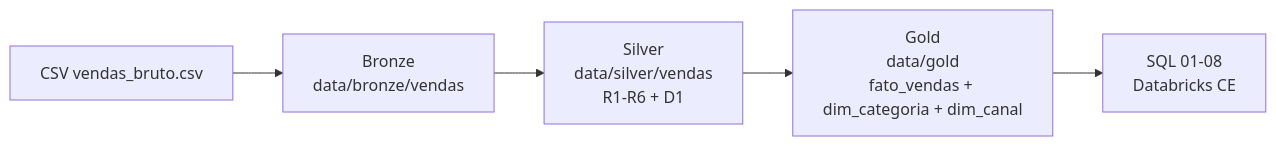
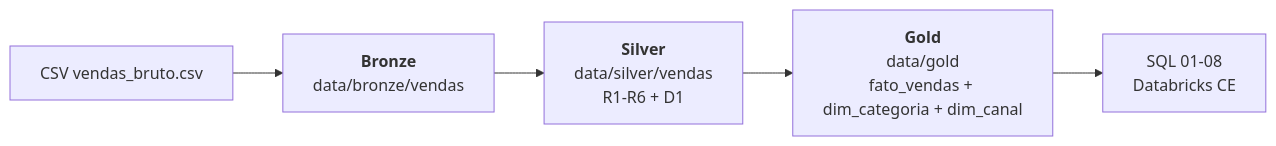
Before and after one commit to renatoapdl/pipeline-etl-vendas: the diagram in README.md, drawn with Mermaid. The commit also changed other lines of this file and 2 other files, not shown here.

Commit message:
Atualiza README para a arquitetura Medallion (saida, diagrama, arquivos) e ajusta logs do run.py

````diff
--- a/README.md
+++ b/README.md
@@ -13,7 +13,7 @@
 ```mermaid
 flowchart LR
-  A[CSV vendas_bruto.csv] --> B[Bronze\ndata/bronze/vendas]
-  B --> C[Silver\ndata/silver/vendas\nR1-R6 + D1]
-  C --> D[Gold\ndata/gold\nfato_vendas + dim_categoria + dim_canal]
-  D --> E[SQL 01-08\nDatabricks CE]
+  A[CSV vendas_bruto.csv] --> B["<b>Bronze</b><br/>data/bronze/vendas"]
+  B --> C["<b>Silver</b><br/>data/silver/vendas<br/>R1-R6 + D1"]
+  C --> D["<b>Gold</b><br/>data/gold<br/>fato_vendas + dim_categoria + dim_canal"]
+  D --> E["SQL 01-08<br/>Databricks CE"]
 ```
````
